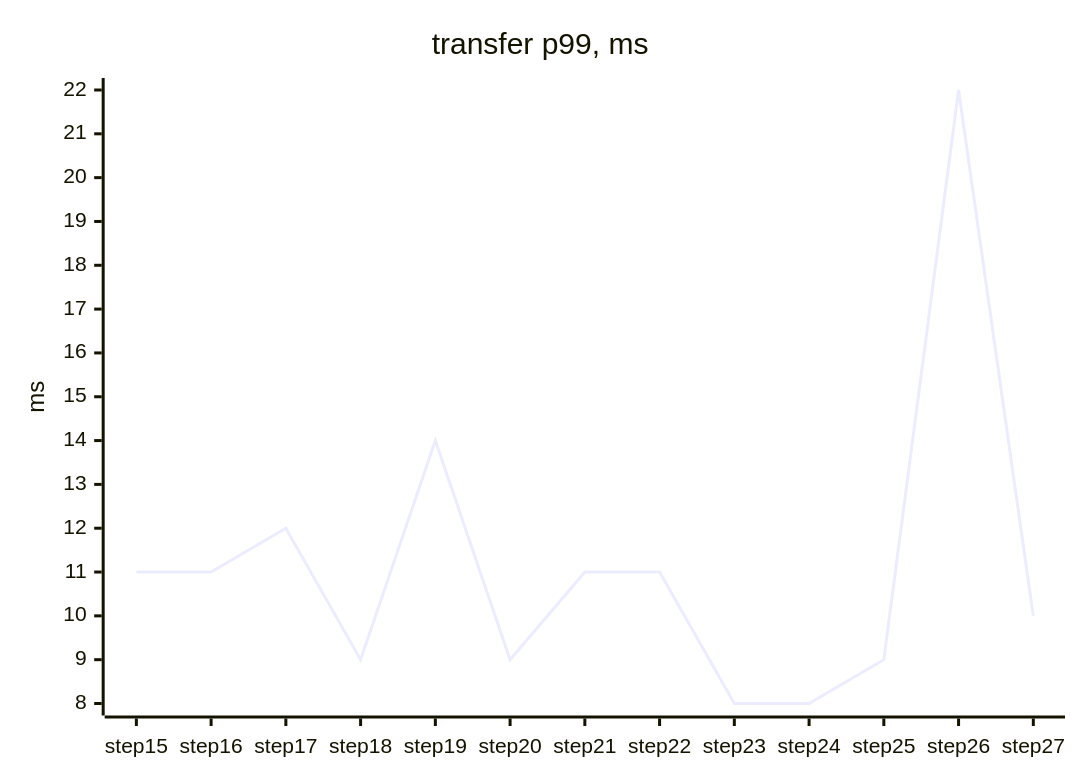
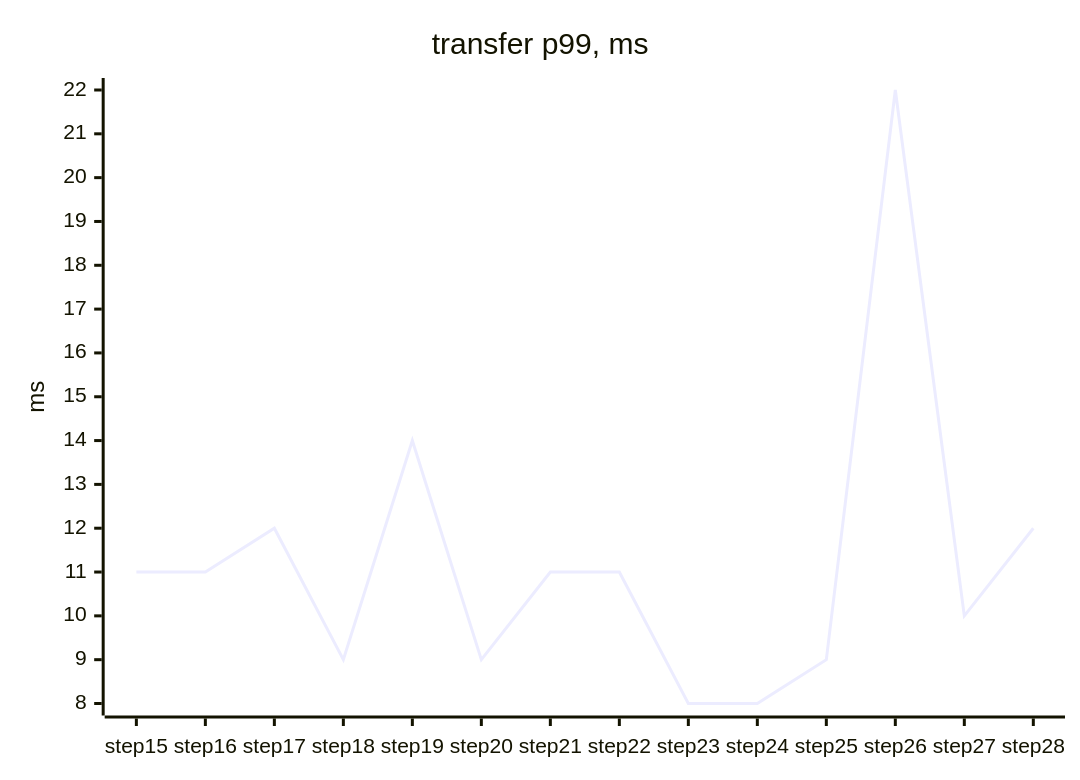
One commit to tanvoid0/ledgerflow changed the first of 4 diagrams in docs/perf/README.md. Above: the diagram before and after it, drawn with Mermaid. The commit also changed other lines of this file and 4 other files, not shown here.

````diff
--- a/docs/perf/README.md
+++ b/docs/perf/README.md
@@ -30,7 +31,7 @@
 ```mermaid
 xychart-beta
     title "transfer p99, ms"
-    x-axis ["step15", "step16", "step17", "step18", "step19", "step20", "step21", "step22", "step23", "step24", "step25", "step26", "step27"]
+    x-axis ["step15", "step16", "step17", "step18", "step19", "step20", "step21", "step22", "step23", "step24", "step25", "step26", "step27", "step28"]
     y-axis "ms"
-    line [11, 11, 12, 9, 14, 9, 11, 11, 8, 8, 9, 22, 10]
+    line [11, 11, 12, 9, 14, 9, 11, 11, 8, 8, 9, 22, 10, 12]
 ```
````
